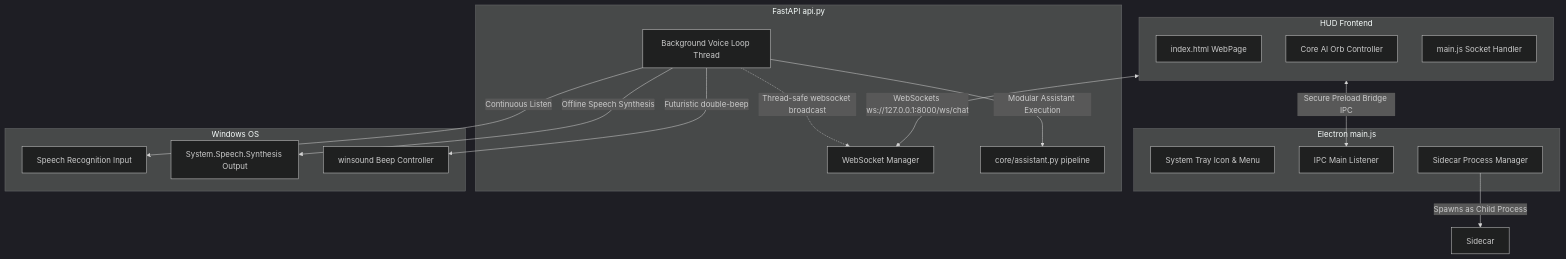
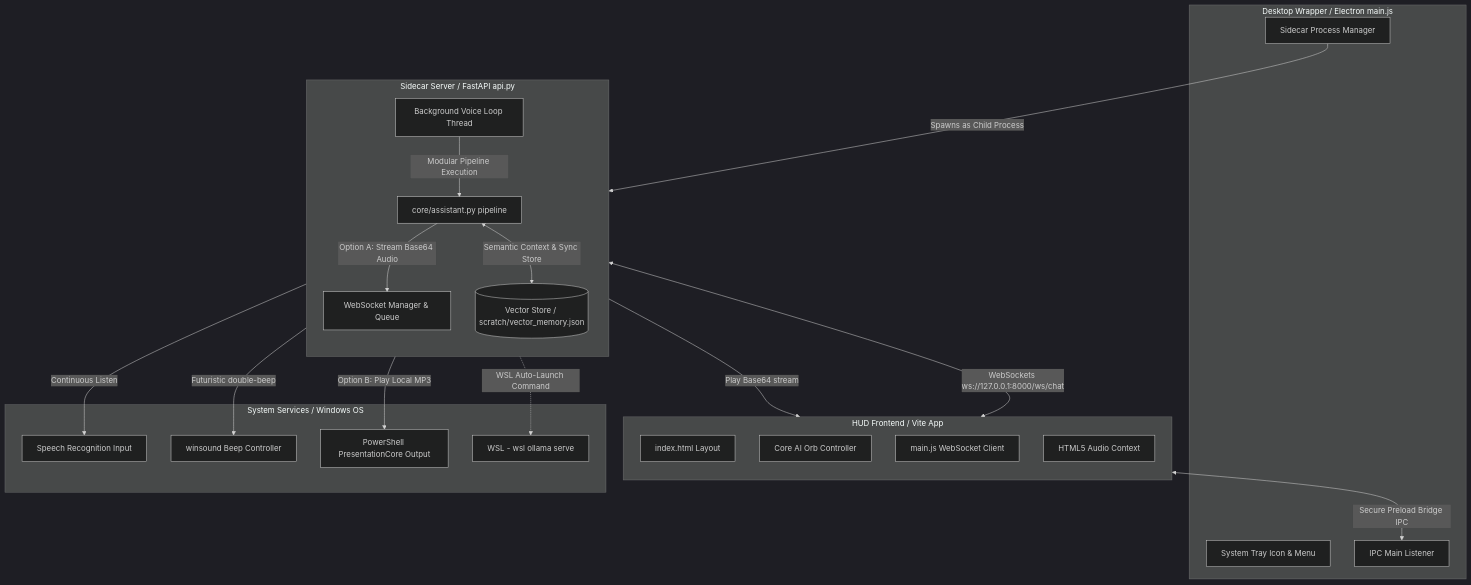
Before and after one commit to Maou3434/jarvboi: the first of 3 diagrams in ARCHITECTURE.md, drawn with Mermaid (dark theme). The commit also changed other lines of this file and 2 other files, not shown here.

Commit message:
docs: update architecture, features, and command lists

````diff
--- a/ARCHITECTURE.md
+++ b/ARCHITECTURE.md
@@ -15,41 +15,54 @@
 ```mermaid
 graph TB
-    subgraph Client UI [HUD Frontend]
+    subgraph HUD [HUD Frontend / Vite App]
         direction TB
-        UI[index.html WebPage]
+        UI[index.html Layout]
         Orb[Core AI Orb Controller]
-        JS[main.js Socket Handler]
+        JS[main.js WebSocket Client]
+        AudioHTML[HTML5 Audio Context]
     end
 
-    subgraph Desktop Wrapper [Electron main.js]
+    subgraph Wrapper [Desktop Wrapper / Electron main.js]
         Tray[System Tray Icon & Menu]
         IPC[IPC Main Listener]
         ProcessMgr[Sidecar Process Manager]
     end
 
-    subgraph Sidecar Server [FastAPI api.py]
-        WS[WebSocket Manager]
+    subgraph Sidecar [Sidecar Server / FastAPI api.py]
+        direction TB
+        WS[WebSocket Manager & Queue]
         VoiceLoop[Background Voice Loop Thread]
         Assistant[core/assistant.py pipeline]
+        VectorDB[(Vector Store / scratch/vector_memory.json)]
     end
 
-    subgraph System Services [Windows OS]
+    subgraph SystemServices [System Services / Windows OS]
         Microphone[Speech Recognition Input]
-        TTS[System.Speech.Synthesis Output]
+        LocalTTS[PowerShell PresentationCore Output]
         Beep[winsound Beep Controller]
+        WSL[WSL - wsl ollama serve]
     end
 
     %% Process Lifetimes
     ProcessMgr -->|Spawns as Child Process| Sidecar
     
     %% Communication Hooks
     UI <-->|WebSockets ws://127.0.0.1:8000/ws/chat| WS
     JS <-->|Secure Preload Bridge IPC| IPC
     
-    %% Voice Execution
+    %% Voice Execution & Data Flow
     VoiceLoop -->|Continuous Listen| Microphone
     VoiceLoop -->|Futuristic double-beep| Beep
-    VoiceLoop -->|Modular Assistant Execution| Assistant
-    VoiceLoop -->|Offline Speech Synthesis| TTS
-    VoiceLoop -.->|Thread-safe websocket broadcast| WS
+    VoiceLoop -->|Modular Pipeline Execution| Assistant
+    
+    %% Memory Interactions
+    Assistant <-->|Semantic Context & Sync Store| VectorDB
+    
+    %% Output Routing Options (Alternative Paths)
+    Assistant -->|Option A: Stream Base64 Audio| WS
+    WS -->|Play Base64 stream| AudioHTML
+    Assistant -->|Option B: Play Local MP3| LocalTTS
+    
+    %% Resilience & Subprocesses
+    Assistant -.->|WSL Auto-Launch Command| WSL
 ```
````
